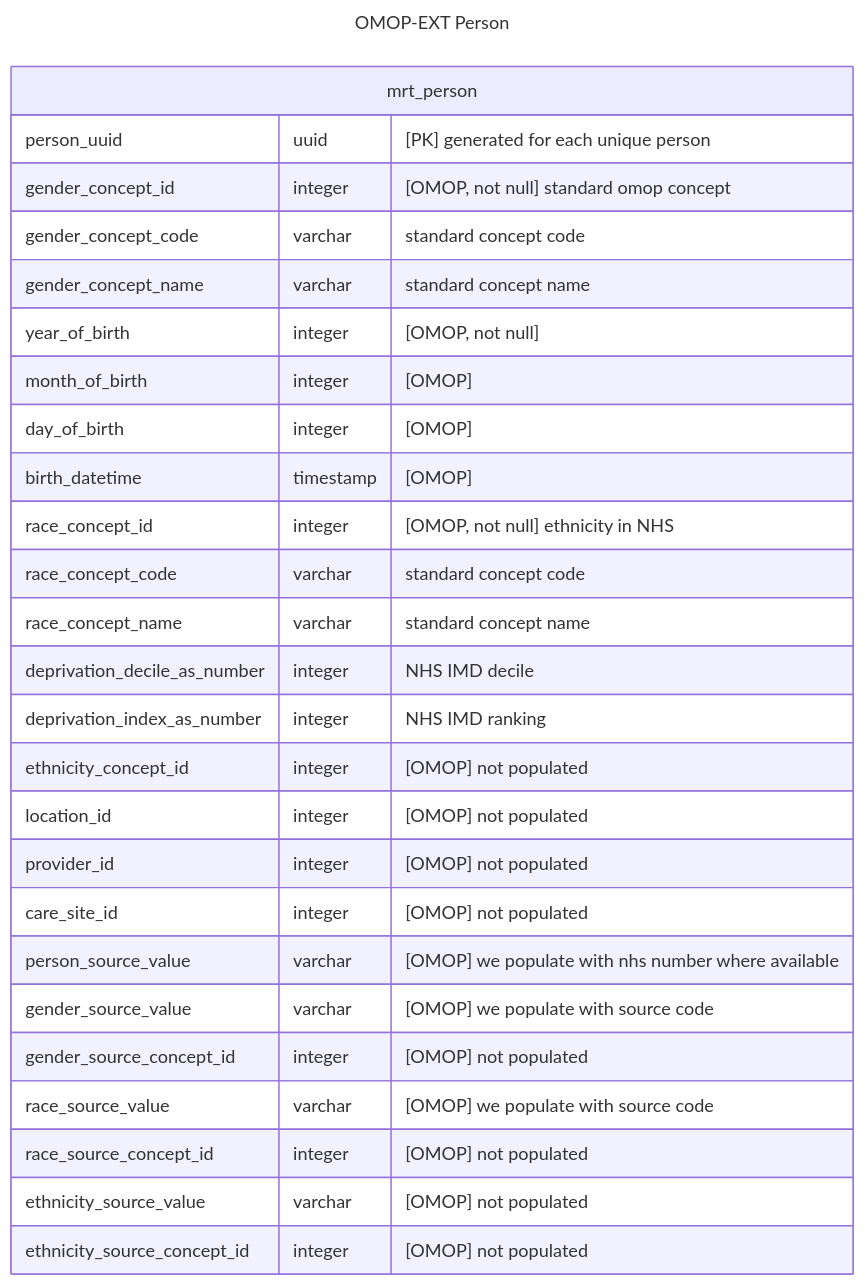
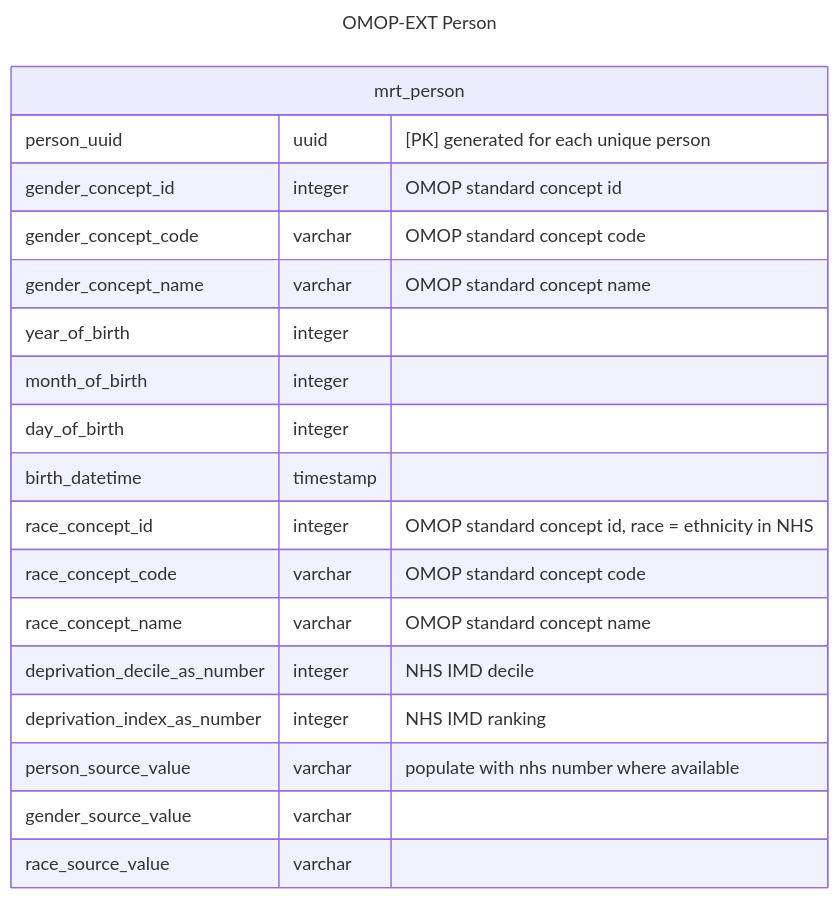
One commit to d3london/sde_aic_external_docs changed the fourth of 5 diagrams in src/pages/data_model/cdm_person.qmd. Above: the diagram before and after it, drawn with Mermaid. The commit also changed other lines of this file and 1 other file, not shown here.

Commit message:
finished draft1 condition occ

````diff
--- a/src/pages/data_model/cdm_person.qmd
+++ b/src/pages/data_model/cdm_person.qmd
@@ -126,32 +126,24 @@
 ```{mermaid}
 ---
 title: OMOP-EXT Person
 ---
 erDiagram
     mrt_person {
         person_uuid uuid "[PK] generated for each unique person"
-        gender_concept_id integer "[OMOP, not null] standard omop concept"
-        gender_concept_code varchar "standard concept code"
-        gender_concept_name varchar "standard concept name"
-        year_of_birth integer "[OMOP, not null]"
-        month_of_birth integer "[OMOP]"
-        day_of_birth integer "[OMOP]"
-        birth_datetime timestamp "[OMOP]"
-        race_concept_id integer "[OMOP, not null] ethnicity in NHS"
-        race_concept_code varchar "standard concept code"
-        race_concept_name varchar "standard concept name"      
+        gender_concept_id integer "OMOP standard concept id"
+        gender_concept_code varchar "OMOP standard concept code"
+        gender_concept_name varchar "OMOP standard concept name"
+        year_of_birth integer
+        month_of_birth integer
+        day_of_birth integer
+        birth_datetime timestamp
+        race_concept_id integer "OMOP standard concept id, race = ethnicity in NHS"
+        race_concept_code varchar "OMOP standard concept code"
+        race_concept_name varchar "OMOP standard concept name"      
         deprivation_decile_as_number integer "NHS IMD decile"       
         deprivation_index_as_number integer "NHS IMD ranking"
-        ethnicity_concept_id integer "[OMOP] not populated"
-        location_id integer "[OMOP] not populated"
-        provider_id integer "[OMOP] not populated"
-        care_site_id integer "[OMOP] not populated"
-        person_source_value varchar "[OMOP] we populate with nhs number where available"
-        gender_source_value varchar "[OMOP] we populate with source code"
-        gender_source_concept_id integer "[OMOP] not populated"
-        race_source_value varchar "[OMOP] we populate with source code"
-        race_source_concept_id integer "[OMOP] not populated"
-        ethnicity_source_value varchar "[OMOP] not populated"
-        ethnicity_source_concept_id integer "[OMOP] not populated"   
+        person_source_value varchar "populate with nhs number where available"
+        gender_source_value varchar
+        race_source_value varchar
     }
 ```
````
